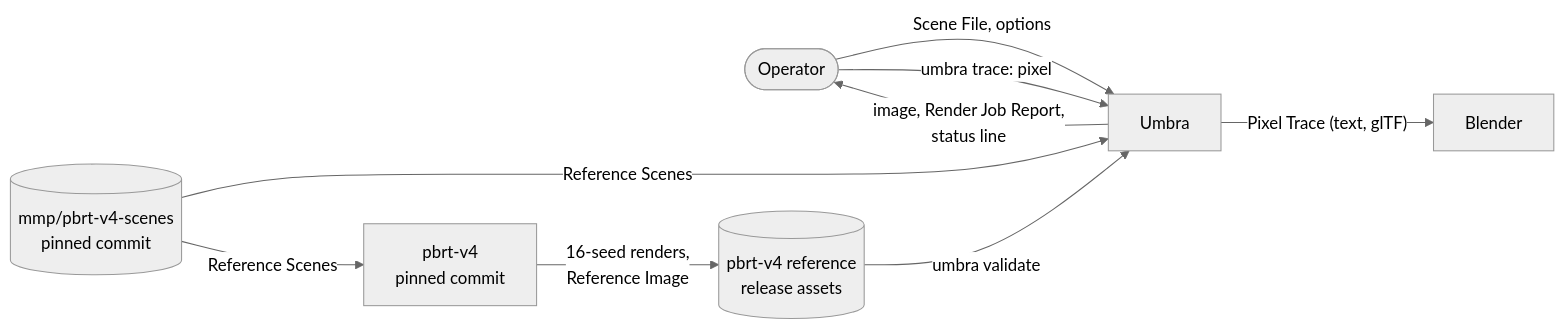
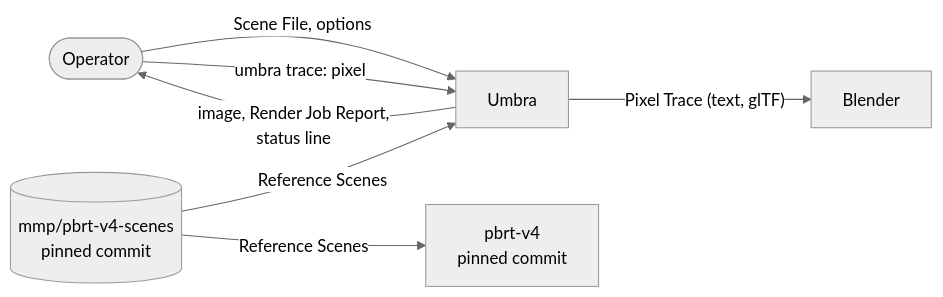
Before and after one commit to sergioffpc/umbra: the first of 2 diagrams in docs/architecture/03-context-and-scope.md, drawn with Mermaid (neutral theme). The commit also changed other lines of this file and 27 other files, not shown here.

First line of the commit message:
docs: check renders by eye instead of comparing them with pbrt-v4

````diff
--- a/docs/architecture/03-context-and-scope.md
+++ b/docs/architecture/03-context-and-scope.md
@@ -7,17 +7,14 @@
 ```mermaid
 flowchart LR
     op(["Operator"])
     umbra["Umbra"]
     scenes[("mmp/pbrt-v4-scenes<br/>pinned commit")]
-    ref[("pbrt-v4 reference<br/>release assets")]
     pbrt["pbrt-v4<br/>pinned commit"]
     blender["Blender"]
     op -- "Scene File, options" --> umbra
     umbra -- "image, Render Job Report,<br/>status line" --> op
     op -- "umbra trace: pixel" --> umbra
     umbra -- "Pixel Trace (text, glTF)" --> blender
     scenes -- "Reference Scenes" --> umbra
     scenes -- "Reference Scenes" --> pbrt
-    pbrt -- "16-seed renders,<br/>Reference Image" --> ref
-    ref -- "umbra validate" --> umbra
 ```
````
